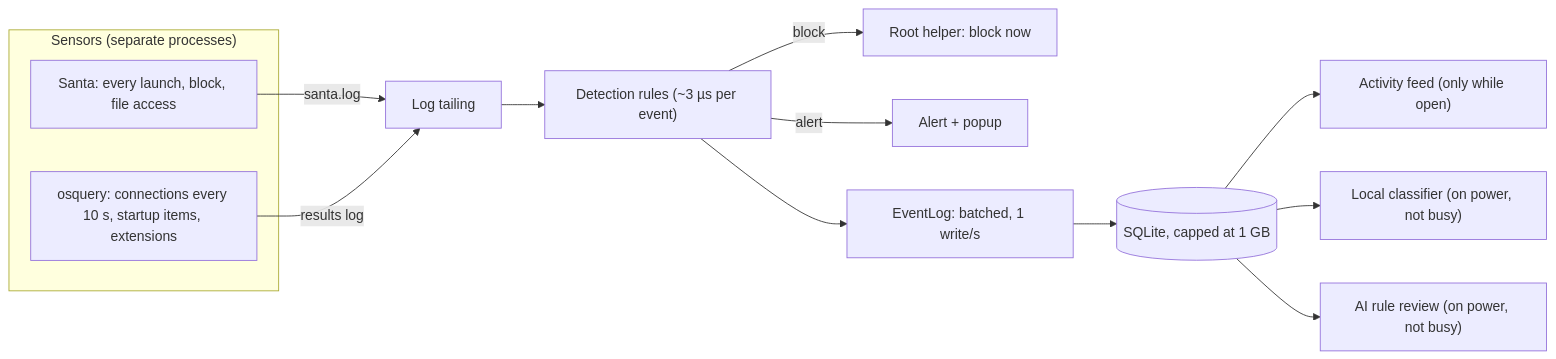
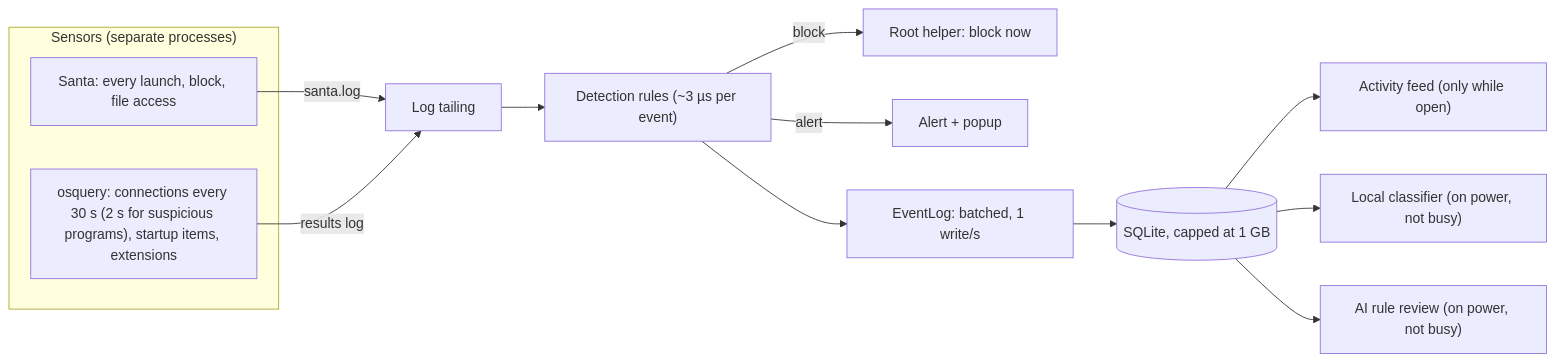
One commit to ShmalexM/Vigil-at-Home changed the diagram in docs/performance.md. Above: the diagram before and after it, drawn with Mermaid. The commit also changed other lines of this file and 12 other files, not shown here.

First line of the commit message:
Look closely at suspicious programs' connections, snapshot the rest less often

````diff
--- a/docs/performance.md
+++ b/docs/performance.md
@@ -50,17 +50,17 @@
 ```mermaid
 flowchart LR
   subgraph sensors["Sensors (separate processes)"]
     santa["Santa: every launch, block, file access"]
-    osq["osquery: connections every 10 s, startup items, extensions"]
+    osq["osquery: connections every 30 s (2 s for suspicious programs), startup items, extensions"]
   end
   santa -- santa.log --> tail["Log tailing"]
   osq -- results log --> tail
   tail --> det["Detection rules (~3 µs per event)"]
   det -- block --> helper["Root helper: block now"]
   det -- alert --> alerts["Alert + popup"]
   det --> log["EventLog: batched, 1 write/s"]
   log --> db[("SQLite, capped at 1 GB")]
   db --> feed["Activity feed (only while open)"]
   db --> cls["Local classifier (on power, not busy)"]
   db --> review["AI rule review (on power, not busy)"]
 ```
````
